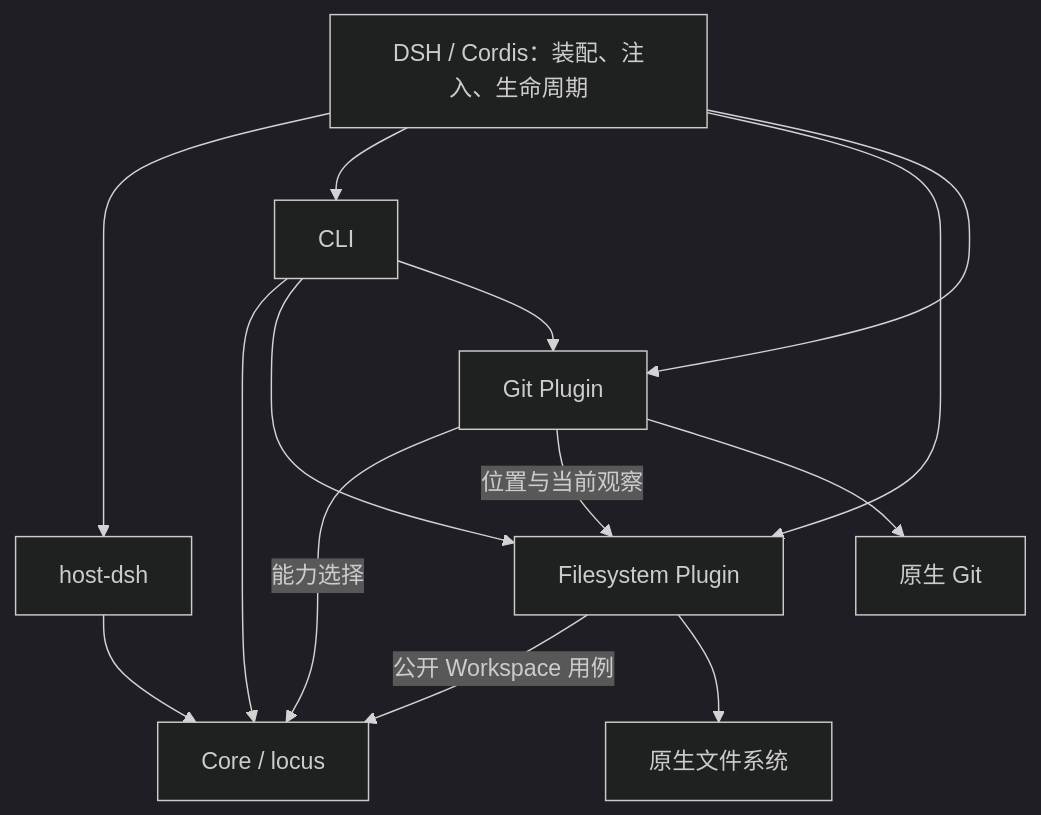
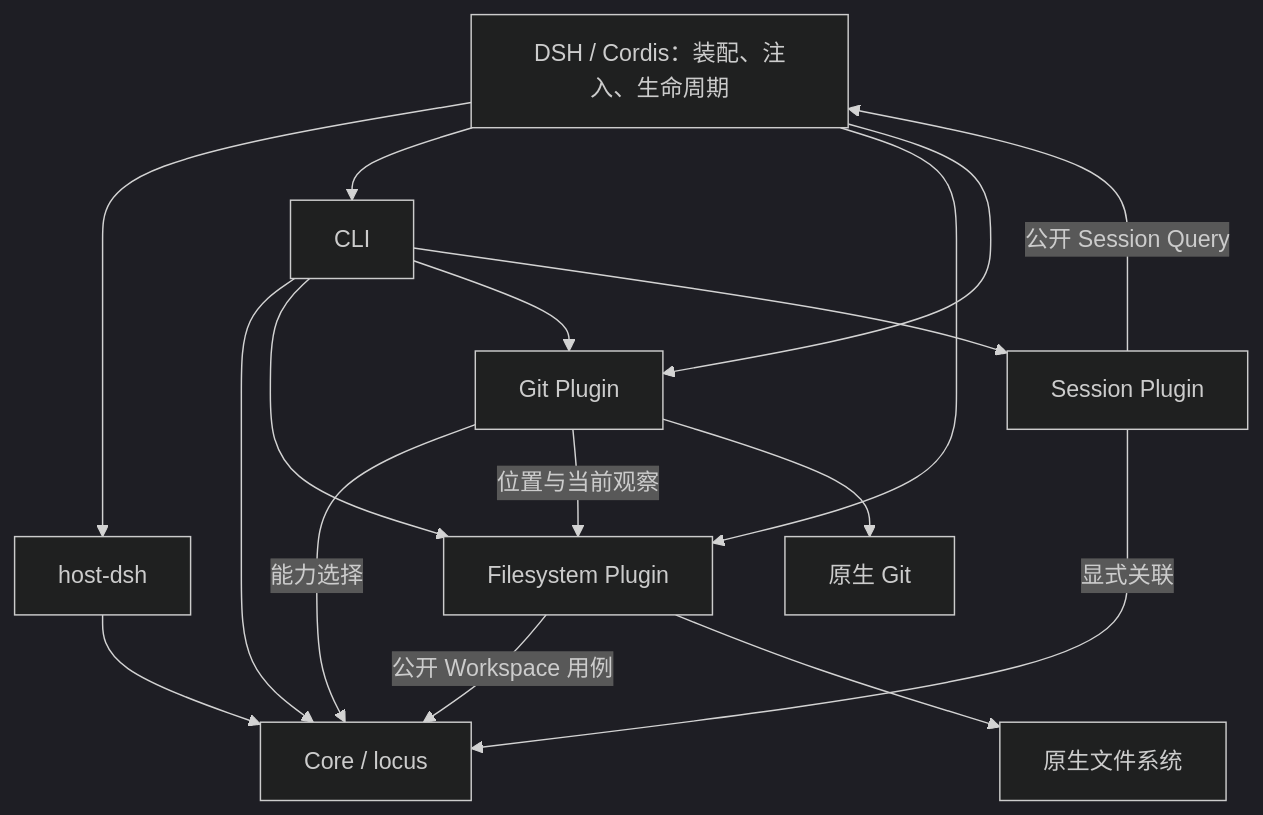
One commit to SWdrift/locus-workspace changed the diagram in docs/architecture.md. Above: the diagram before and after it, drawn with Mermaid (dark theme). The commit also changed other lines of this file and 16 other files, not shown here.

````diff
--- a/docs/architecture.md
+++ b/docs/architecture.md
@@ -25,16 +26,19 @@
 ```mermaid
 flowchart TD
     DSH["DSH / Cordis：装配、注入、生命周期"] --> Host["host-dsh"]
     DSH --> CLI["CLI"]
     DSH --> FS["Filesystem Plugin"]
     DSH --> Git["Git Plugin"]
     Host --> Core["Core / locus"]
     CLI --> Core
     CLI --> FS
     CLI --> Git
+    CLI --> Session["Session Plugin"]
+    Session -->|"公开 Session Query"| DSH
+    Session -->|"显式关联"| Core
     FS -->|"公开 Workspace 用例"| Core
     Git -->|"能力选择"| Core
     Git -->|"位置与当前观察"| FS
     FS --> Files["原生文件系统"]
     Git --> NativeGit["原生 Git"]
 ```
````
